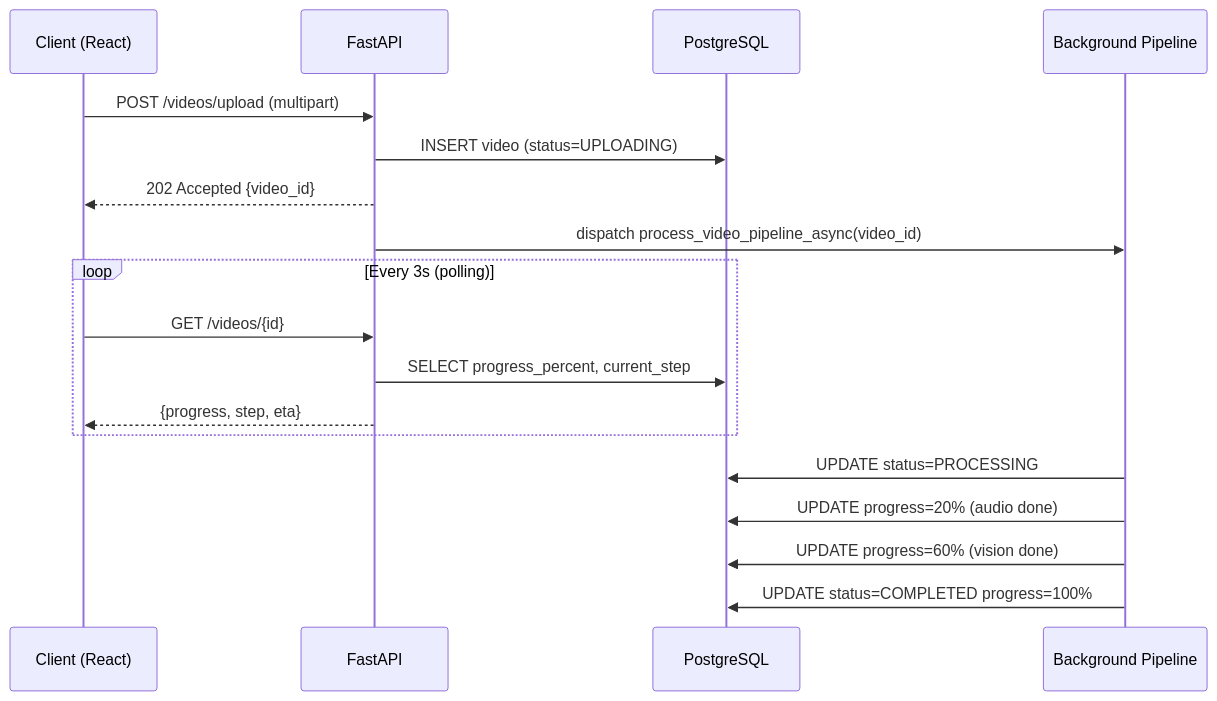
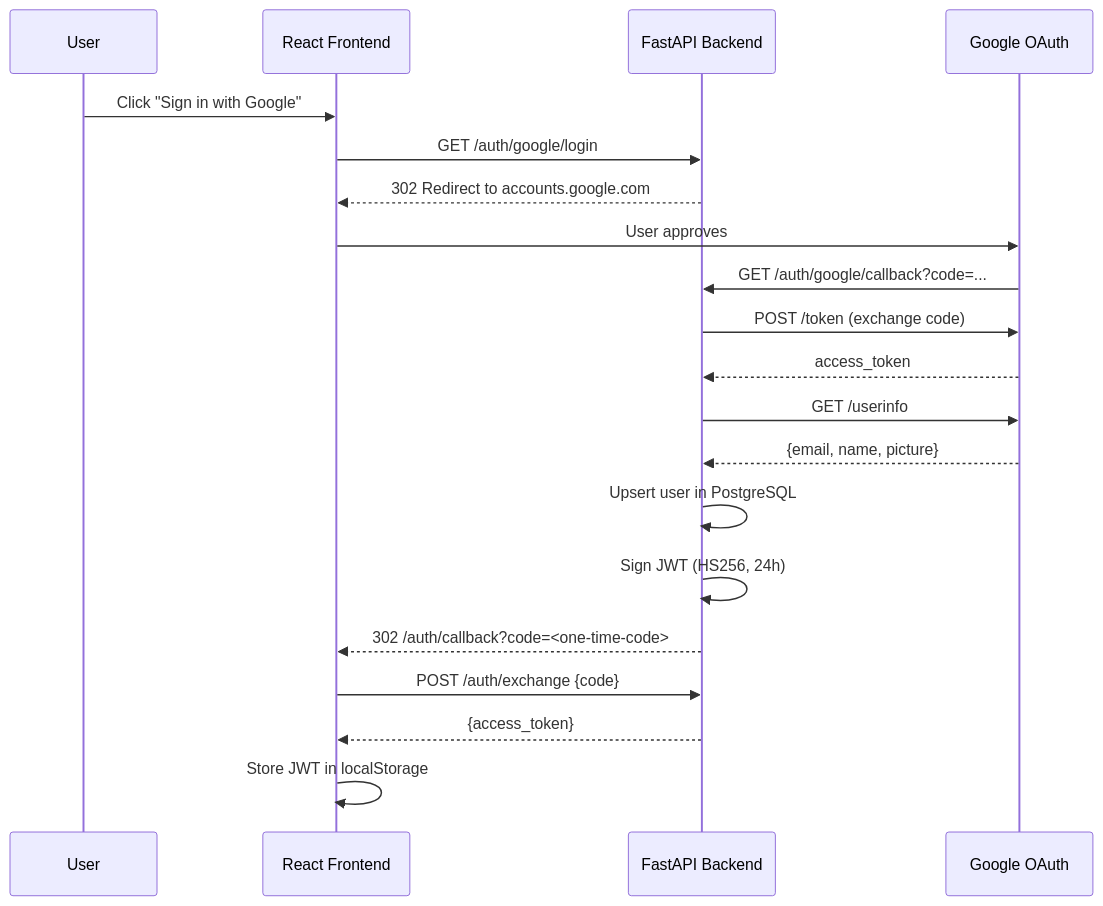
The second of 2 diagrams in docs/System_Architecture.md (Meetvirugama/EduScribe-AI), drawn with Mermaid before and after one commit. The commit also changed other lines of this file and 83 other files, not shown here.

````diff
--- a/docs/System_Architecture.md
+++ b/docs/System_Architecture.md
@@ -118,23 +165,23 @@
 ```mermaid
 sequenceDiagram
-    participant C as Client (React)
-    participant API as FastAPI
-    participant DB as PostgreSQL
-    participant BG as Background Pipeline
+    participant U as User
+    participant FE as React Frontend
+    participant BE as FastAPI Backend
+    participant G as Google OAuth
 
-    C->>API: POST /videos/upload (multipart)
-    API->>DB: INSERT video (status=UPLOADING)
-    API-->>C: 202 Accepted {video_id}
-    API->>BG: dispatch process_video_pipeline_async(video_id)
-
-    loop Every 3s (polling)
-        C->>API: GET /videos/{id}
-        API->>DB: SELECT progress_percent, current_step
-        API-->>C: {progress, step, eta}
-    end
-
-    BG->>DB: UPDATE status=PROCESSING
-    BG->>DB: UPDATE progress=20% (audio done)
-    BG->>DB: UPDATE progress=60% (vision done)
-    BG->>DB: UPDATE status=COMPLETED progress=100%
+    U->>FE: Click "Sign in with Google"
+    FE->>BE: GET /auth/google/login
+    BE-->>FE: 302 Redirect to accounts.google.com
+    FE->>G: User approves
+    G->>BE: GET /auth/google/callback?code=...
+    BE->>G: POST /token (exchange code)
+    G-->>BE: access_token
+    BE->>G: GET /userinfo
+    G-->>BE: {email, name, picture}
+    BE->>BE: Upsert user in PostgreSQL
+    BE->>BE: Sign JWT (HS256, 24h)
+    BE-->>FE: 302 /auth/callback?code=<one-time-code>
+    FE->>BE: POST /auth/exchange {code}
+    BE-->>FE: {access_token}
+    FE->>FE: Store JWT in localStorage
 ```
````
